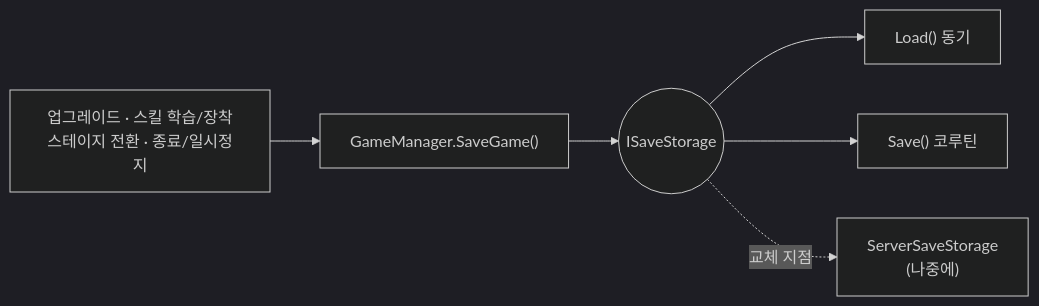
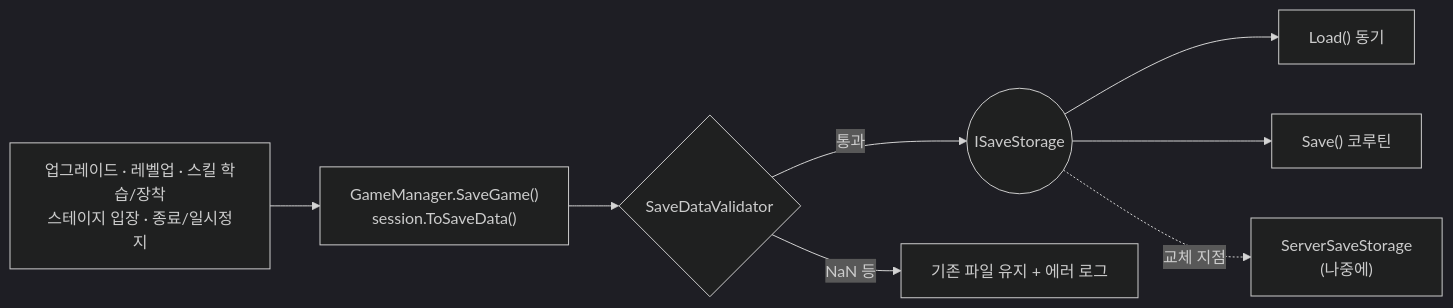
Before and after one commit to answk427/IdleGameProtoType: the sixth of 6 diagrams in README.md, drawn with Mermaid (dark theme). The commit also changed other lines of this file and 1 other file, not shown here.

````diff
--- a/README.md
+++ b/README.md
@@ -204,8 +216,10 @@
 ```mermaid
 flowchart LR
-    E["업그레이드 · 스킬 학습/장착\n스테이지 전환 · 종료/일시정지"] --> SG["GameManager.SaveGame()"]
-    SG --> ISS(("ISaveStorage"))
+    E["업그레이드 · 레벨업 · 스킬 학습/장착<br/>스테이지 입장 · 종료/일시정지"] --> SG["GameManager.SaveGame()<br/>session.ToSaveData()"]
+    SG --> V{"SaveDataValidator"}
+    V -->|"통과"| ISS(("ISaveStorage"))
+    V -->|"NaN 등"| KEEP["기존 파일 유지 + 에러 로그"]
     ISS --> L["Load() 동기"]
     ISS --> S["Save() 코루틴"]
-    ISS -.교체 지점.-> SV["ServerSaveStorage\n(나중에)"]
+    ISS -.교체 지점.-> SV["ServerSaveStorage<br/>(나중에)"]
 ```
````
